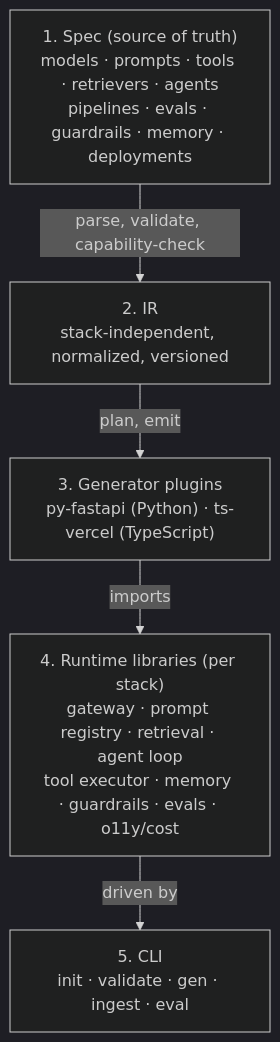
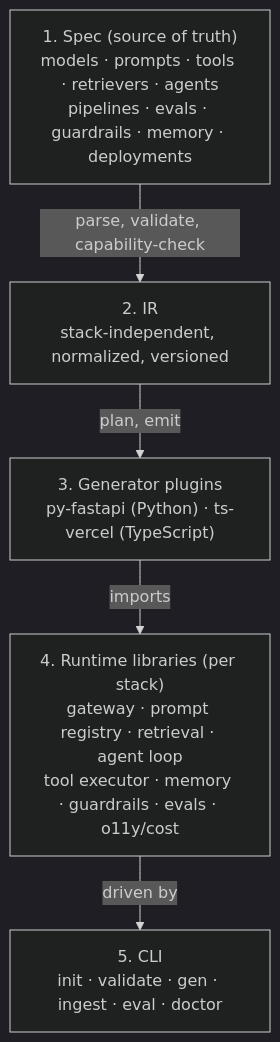
The diagram in README.md (aid-framework/aid-framework), drawn with Mermaid (dark theme) before and after one commit. The commit also changed other lines of this file and 9 other files, not shown here.

````diff
--- a/README.md
+++ b/README.md
@@ -46,12 +46,12 @@
 ```mermaid
 flowchart TD
     A["1. Spec (source of truth)<br/>models · prompts · tools · retrievers · agents<br/>pipelines · evals · guardrails · memory · deployments"]
     B["2. IR<br/>stack-independent, normalized, versioned"]
     C["3. Generator plugins<br/>py-fastapi (Python) · ts-vercel (TypeScript)"]
     D["4. Runtime libraries (per stack)<br/>gateway · prompt registry · retrieval · agent loop<br/>tool executor · memory · guardrails · evals · o11y/cost"]
-    E["5. CLI<br/>init · validate · gen · ingest · eval"]
+    E["5. CLI<br/>init · validate · gen · ingest · eval · doctor"]
     A -->|parse, validate, capability-check| B
     B -->|plan, emit| C
     C -->|imports| D
     D -->|driven by| E
 ```
````
